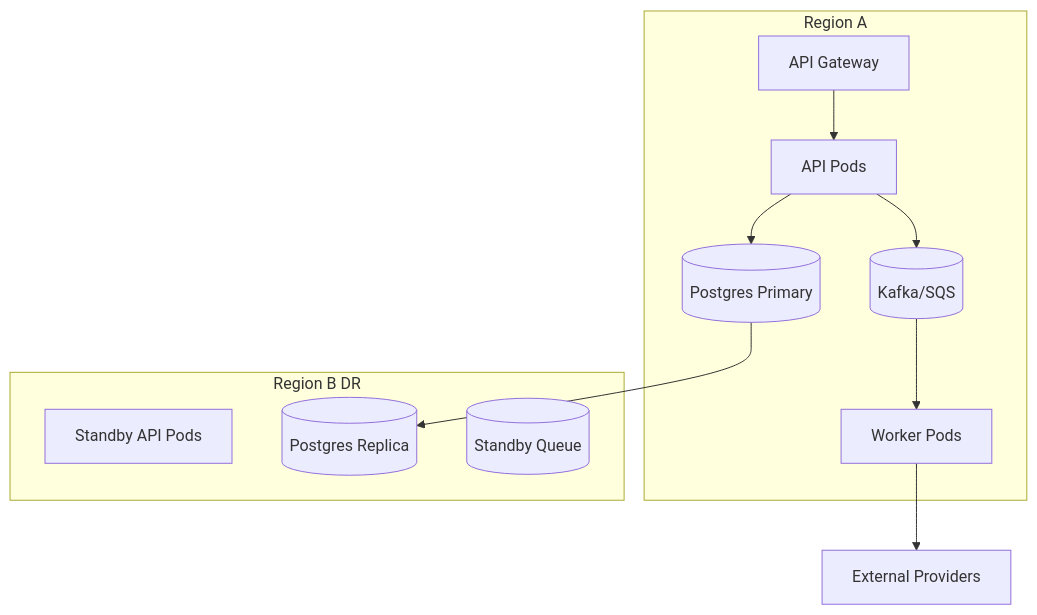
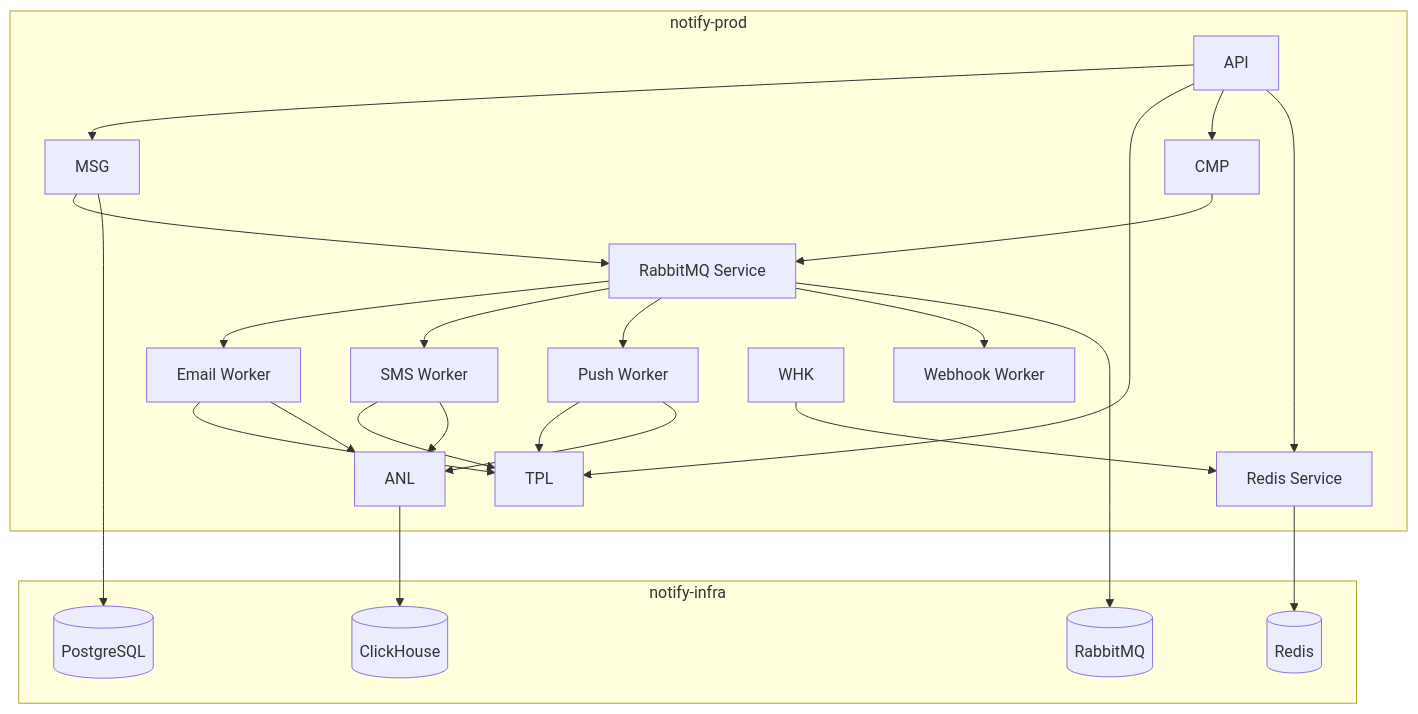
The third of 3 diagrams in Messaging and Notification Platform/infrastructure/deployment-diagram.md (0Ankit0/Project-Ideas), drawn with Mermaid before and after one commit. The commit also changed other lines of this file and 9 other files, not shown here.

````diff
--- a/Messaging and Notification Platform/infrastructure/deployment-diagram.md
+++ b/Messaging and Notification Platform/infrastructure/deployment-diagram.md
@@ -10,16 +380,29 @@
 ```mermaid
-flowchart TB
-  subgraph RegionA[Region A]
-    GW[API Gateway] --> APIA[API Pods]
-    APIA --> DBA[(Postgres Primary)]
-    APIA --> MQA[(Kafka/SQS)]
-    MQA --> WKA[Worker Pods]
-  end
-  subgraph RegionB[Region B DR]
-    APIB[Standby API Pods]
-    DBB[(Postgres Replica)]
-    MQB[(Standby Queue)]
-  end
-  WKA --> Providers[External Providers]
-  DBA --> DBB
+flowchart TD
+    subgraph notify-prod
+        API --> MSG
+        API --> TPL
+        API --> CMP
+        MSG --> RMQ_SVC[RabbitMQ Service]
+        CMP --> RMQ_SVC
+        RMQ_SVC --> DLV_EMAIL[Email Worker]
+        RMQ_SVC --> DLV_SMS[SMS Worker]
+        RMQ_SVC --> DLV_PUSH[Push Worker]
+        RMQ_SVC --> DLV_WHK[Webhook Worker]
+        DLV_EMAIL --> TPL
+        DLV_SMS --> TPL
+        DLV_PUSH --> TPL
+        DLV_EMAIL --> ANL
+        DLV_SMS --> ANL
+        DLV_PUSH --> ANL
+        WHK --> RD_SVC[Redis Service]
+        API --> RD_SVC
+    end
+
+    subgraph notify-infra
+        RMQ_SVC --> RMQ[(RabbitMQ)]
+        RD_SVC --> RD[(Redis)]
+        MSG --> PG[(PostgreSQL)]
+        ANL --> CH[(ClickHouse)]
+    end
 ```
````
